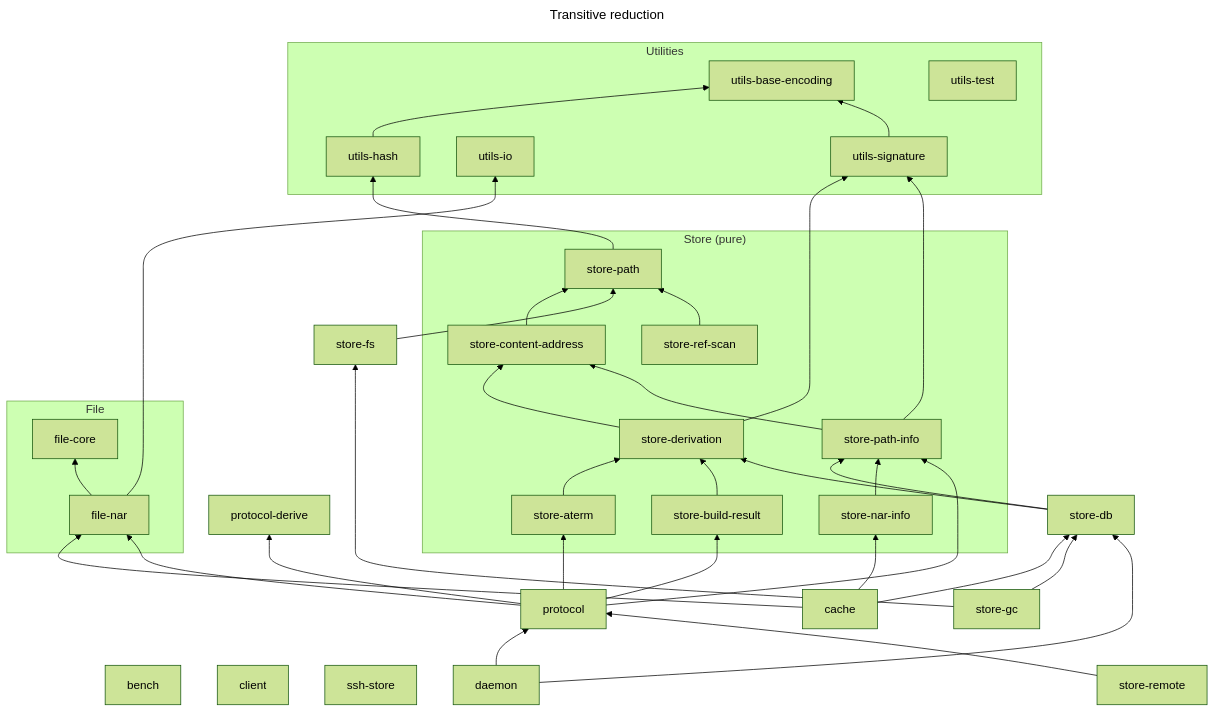
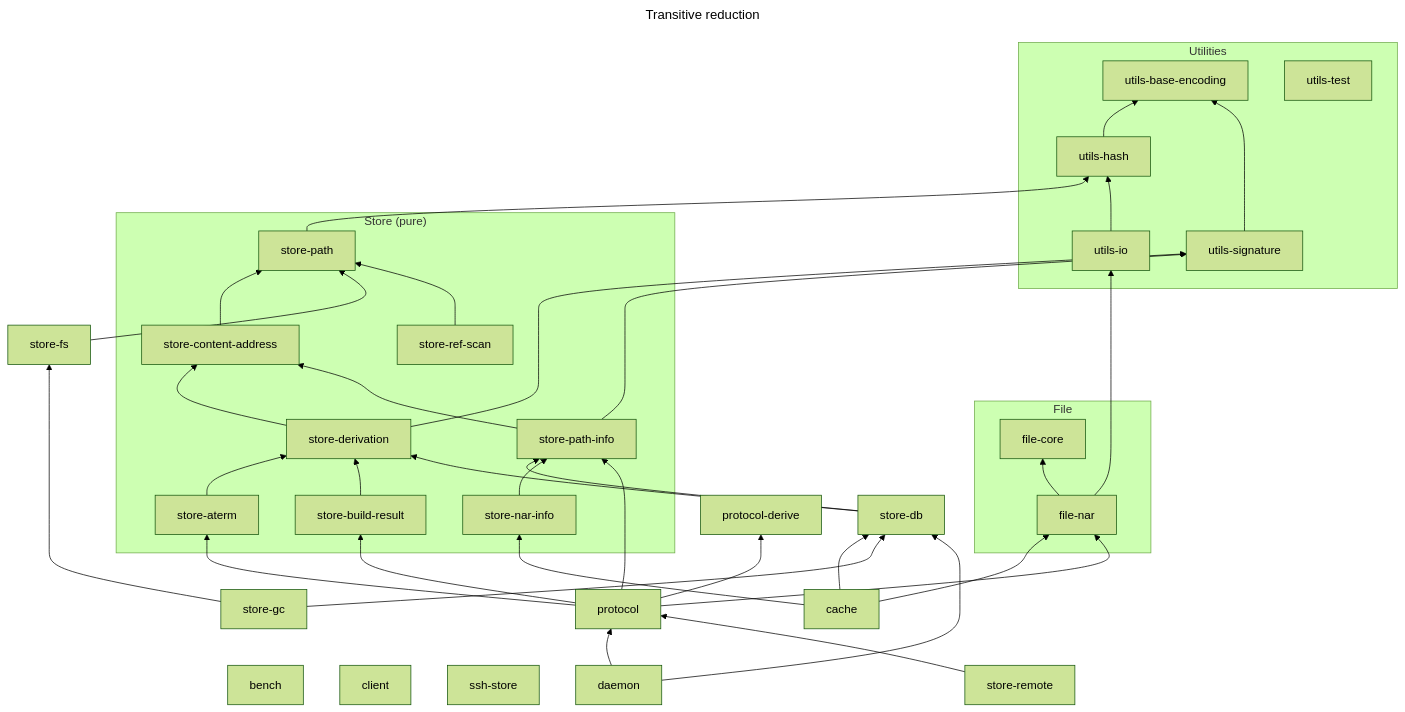
One commit to nix-community/harmonia changed the diagram in docs/architecture/harmonia-store-structure.md. Above: the diagram before and after it, drawn with Mermaid (forest theme).

Commit message:
fix: update dependency diagram

````diff
--- a/docs/architecture/harmonia-store-structure.md
+++ b/docs/architecture/harmonia-store-structure.md
@@ -79,60 +79,61 @@
 ```mermaid
 ---
 title: Transitive reduction
 ---
 graph BT
     subgraph "Utilities"
         utils-base-encoding
         utils-hash
         utils-io
         utils-signature
         utils-test
     end
     subgraph "Store (pure)"
         store-aterm
         store-build-result
         store-content-address
         store-derivation
         store-nar-info
         store-path
         store-path-info
         store-ref-scan
     end
     subgraph "File"
         file-core
         file-nar
     end
     bench
     client
     ssh-store
-    file-nar --> file-core
-    file-nar --> utils-io
     utils-hash --> utils-base-encoding
     utils-signature --> utils-base-encoding
     store-path --> utils-hash
+    utils-io --> utils-hash
+    file-nar --> file-core
+    file-nar --> utils-io
     store-content-address --> store-path
     store-fs --> store-path
     store-ref-scan --> store-path
     store-derivation --> store-content-address
     store-derivation --> utils-signature
     store-path-info --> store-content-address
     store-path-info --> utils-signature
     store-aterm --> store-derivation
     store-build-result --> store-derivation
     store-db --> store-derivation
     store-db --> store-path-info
     store-nar-info --> store-path-info
     cache --> file-nar
     cache --> store-db
     cache --> store-nar-info
     protocol --> file-nar
     protocol --> protocol-derive
     protocol --> store-aterm
     protocol --> store-build-result
     protocol --> store-path-info
     store-gc --> store-db
     store-gc --> store-fs
     daemon --> protocol
     daemon --> store-db
     store-remote --> protocol
 ```
````
